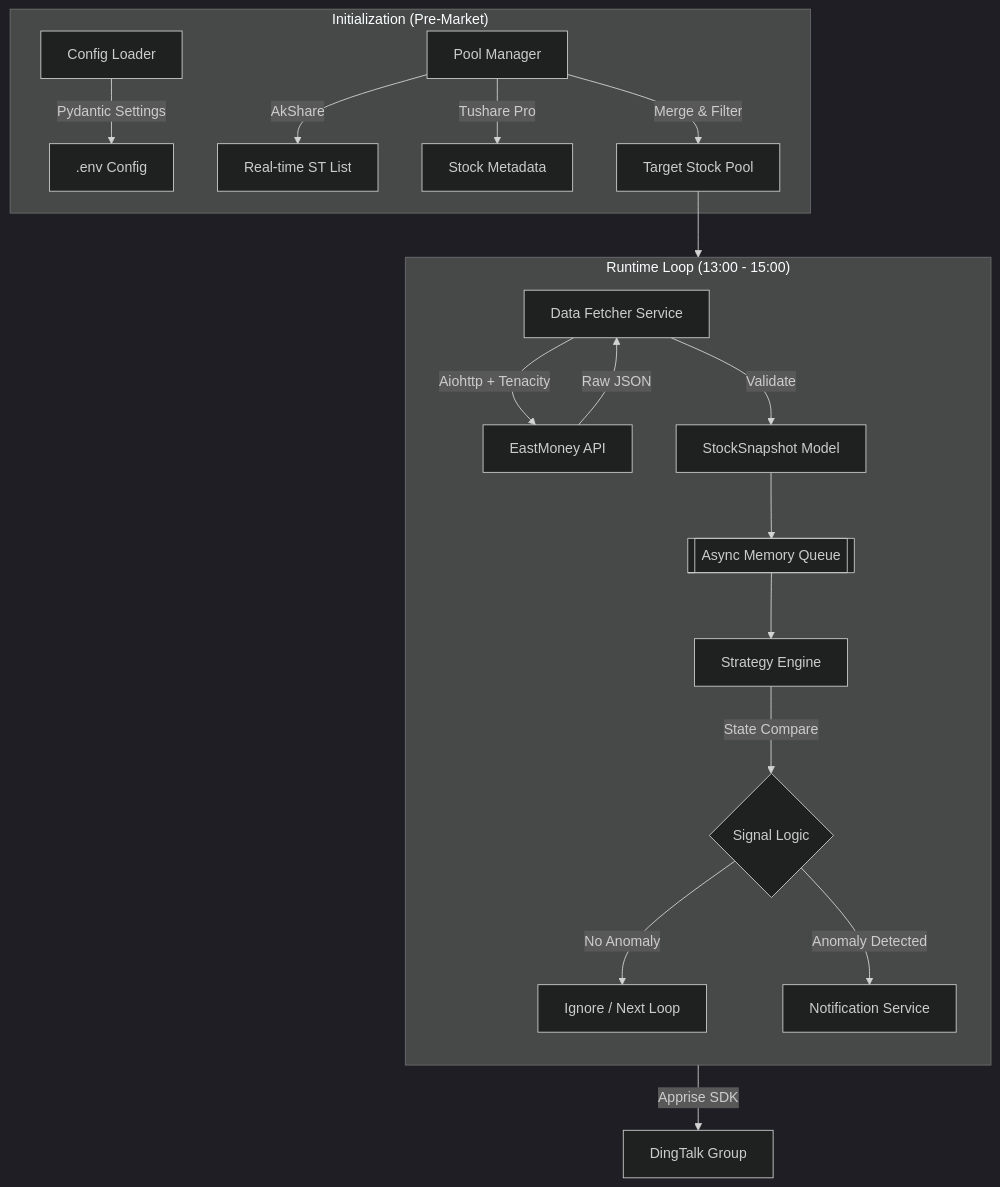
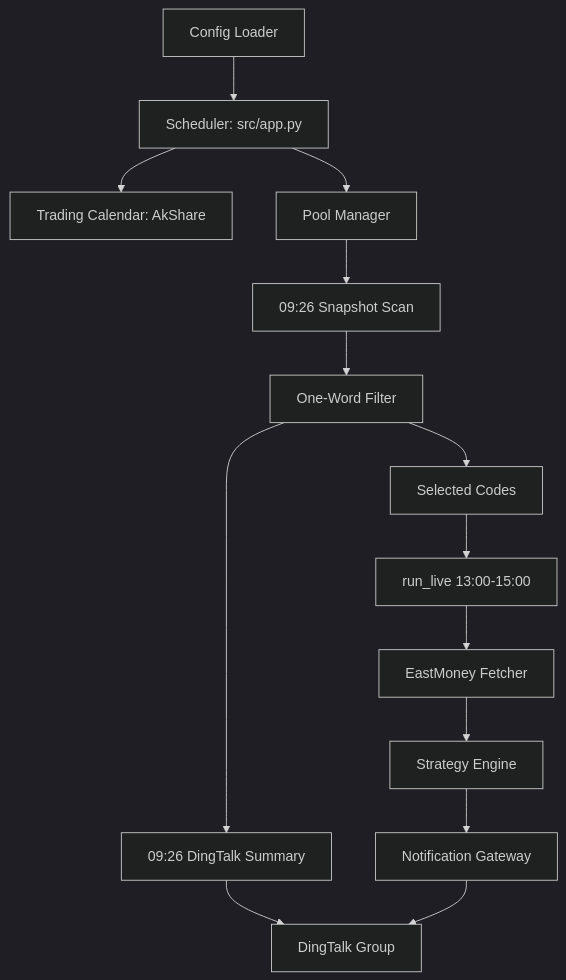
One commit to yukun80/Quant_Gutao_chaodi changed the diagram in doc/Development_White_Paper.md. Above: the diagram before and after it, drawn with Mermaid (dark theme). The commit also changed other lines of this file and 25 other files, not shown here.

Commit message:
重构股票池管理：转向使用 AkShare 进行每日股票池构建，摆脱对 Tushare 的依赖。为池构建实现缓存故障转移，增强稳定性。更新配置以反映新的参数，并改进文档以清晰说明交易日逻辑和监控流程。

````diff
--- a/doc/Development_White_Paper.md
+++ b/doc/Development_White_Paper.md
@@ -55,30 +56,17 @@
 ```mermaid
 graph TD
-    subgraph "Initialization (Pre-Market)"
-        A[Config Loader] -->|Pydantic Settings| ENV[.env Config]
-        B[Pool Manager] -->|AkShare| API1[Real-time ST List]
-        B -->|Tushare Pro| API2[Stock Metadata]
-        B -->|Merge & Filter| POOL[Target Stock Pool]
-    end
+    CFG[Config Loader] --> APP[Scheduler: src/app.py]
+    APP --> CAL[Trading Calendar: AkShare]
+    APP --> POOL[Pool Manager]
+    POOL --> SNAP0926[09:26 Snapshot Scan]
+    SNAP0926 --> FILTER[One-Word Filter]
+    FILTER --> SUMMARY[09:26 DingTalk Summary]
 
-    subgraph "Runtime Loop (13:00 - 15:00)"
-        direction TB
-        PRODUCER[Data Fetcher Service]
-        QUEUE[[Async Memory Queue]]
-        CONSUMER[Strategy Engine]
-        
-        POOL --> PRODUCER
-        PRODUCER -->|Aiohttp + Tenacity| EM_API[EastMoney API]
-        EM_API -->|Raw JSON| PRODUCER
-        PRODUCER -->|Validate| MODEL[StockSnapshot Model]
-        MODEL --> QUEUE
-        
-        QUEUE --> CONSUMER
-        CONSUMER -->|State Compare| LOGIC{Signal Logic}
-        
-        LOGIC -->|No Anomaly| PASS[Ignore / Next Loop]
-        LOGIC -->|Anomaly Detected| ALERT[Notification Service]
-    end
-
-    ALERT -->|Apprise SDK| DING[DingTalk Group]
+    FILTER --> LIST[Selected Codes]
+    LIST --> LIVE[run_live 13:00-15:00]
+    LIVE --> FETCH[EastMoney Fetcher]
+    FETCH --> ENGINE[Strategy Engine]
+    ENGINE --> ALERT[Notification Gateway]
+    SUMMARY --> DING[DingTalk Group]
+    ALERT --> DING
 ```
````
